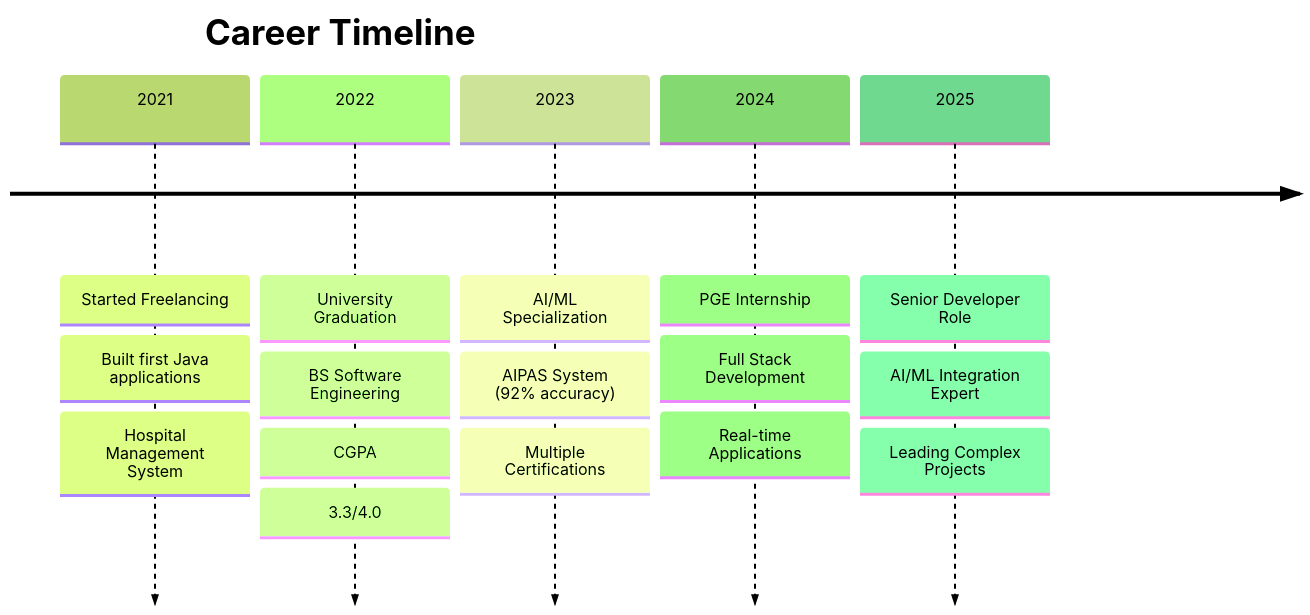
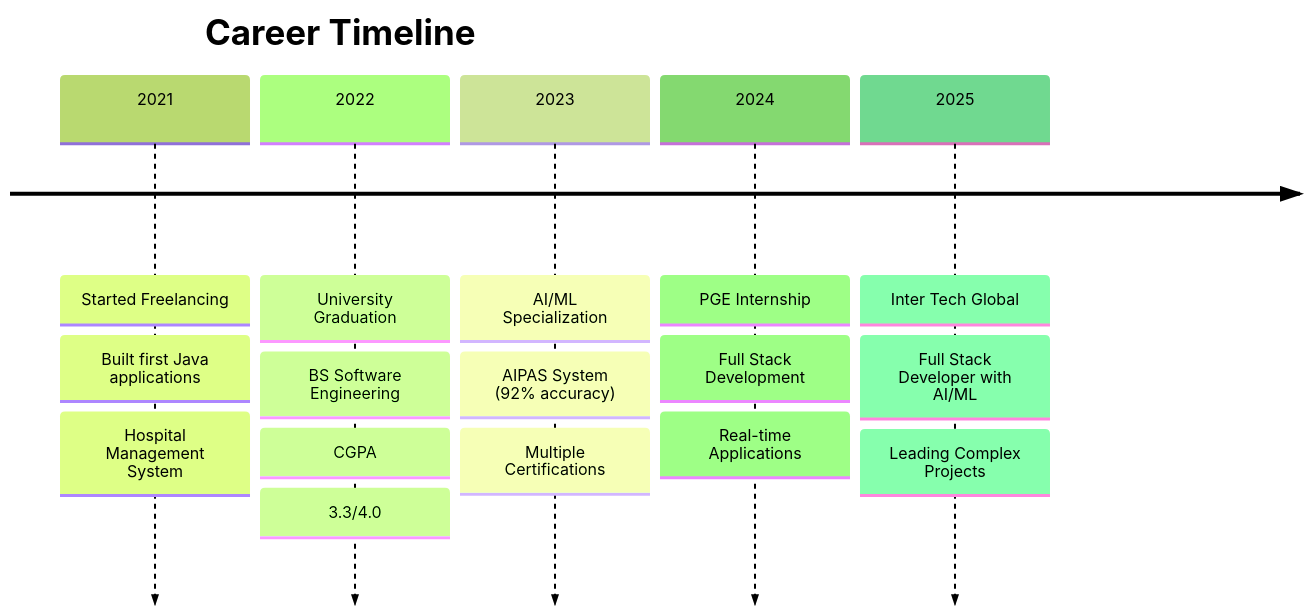
One commit to Hamza-Kahloon786/Hamza-Kahloon786 changed the third of 5 diagrams in README.md. Above: the diagram before and after it, drawn with Mermaid (forest theme). The commit also changed other lines of this file, not shown here.

````diff
--- a/README.md
+++ b/README.md
@@ -239,19 +233,19 @@
 ```mermaid
 timeline
     title Career Timeline
     2021 : Started Freelancing
          : Built first Java applications
          : Hospital Management System
     2022 : University Graduation
          : BS Software Engineering
          : CGPA: 3.3/4.0
     2023 : AI/ML Specialization
          : AIPAS System (92% accuracy)
          : Multiple Certifications
     2024 : PGE Internship
          : Full Stack Development
          : Real-time Applications
-    2025 : Senior Developer Role
-         : AI/ML Integration Expert
+    2025 : Inter Tech Global
+         : Full Stack Developer with AI/ML
          : Leading Complex Projects
 ```
````
